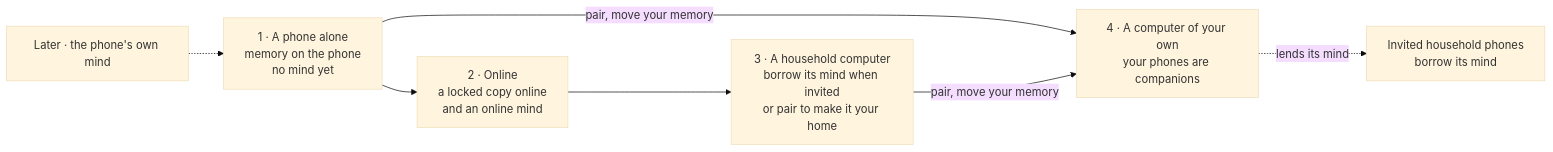
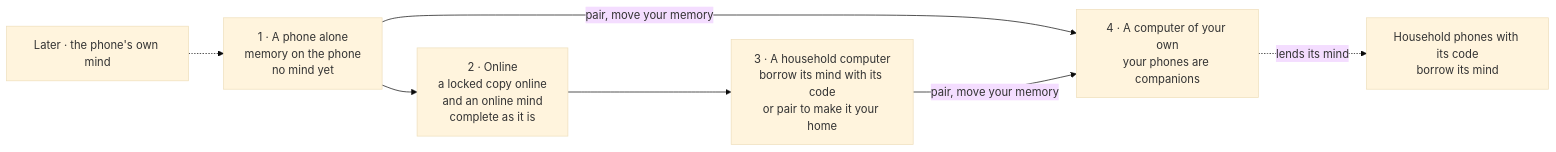
Before and after one commit to agync/nocturne: the first of 5 diagrams in docs/design/phone-parity.md, drawn with Mermaid (base theme). The commit also changed other lines of this file and 26 other files, not shown here.

````diff
--- a/docs/design/phone-parity.md
+++ b/docs/design/phone-parity.md
@@ -79,14 +79,14 @@
 ```mermaid
 flowchart LR
     S1["1 · A phone alone<br/>memory on the phone<br/>no mind yet"]
-    S2["2 · Online<br/>a locked copy online<br/>and an online mind"]
-    S3["3 · A household computer<br/>borrow its mind when invited<br/>or pair to make it your home"]
+    S2["2 · Online<br/>a locked copy online<br/>and an online mind<br/>complete as it is"]
+    S3["3 · A household computer<br/>borrow its mind with its code<br/>or pair to make it your home"]
     S4["4 · A computer of your own<br/>your phones are companions"]
     M["Later · the phone's own mind"]
     S1 --> S2
     S2 --> S3
     S1 -->|pair, move your memory| S4
     S3 -->|pair, move your memory| S4
-    S4 -. lends its mind .-> G["Invited household phones<br/>borrow its mind"]
+    S4 -. lends its mind .-> G["Household phones with its code<br/>borrow its mind"]
     M -.-> S1
 ```
````
